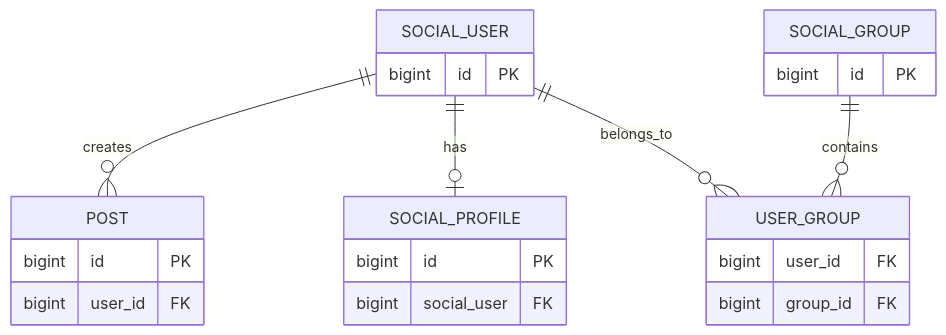
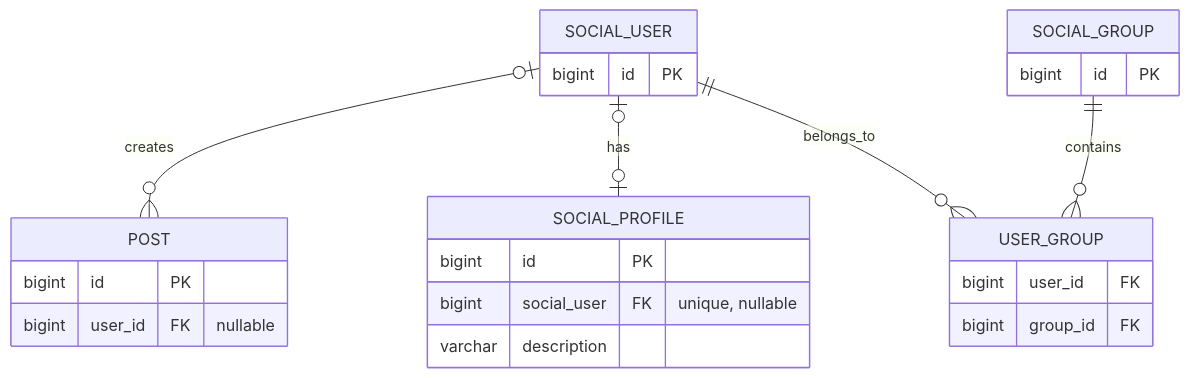
One commit to fisherman34/learning-code changed the diagram in media/DB_DESIGN_ANALYSIS.md. Above: the diagram before and after it, drawn with Mermaid. The commit also changed other lines of this file and 12 other files, not shown here.

````diff
--- a/media/DB_DESIGN_ANALYSIS.md
+++ b/media/DB_DESIGN_ANALYSIS.md
@@ -149,30 +148,31 @@
 ```mermaid
 erDiagram
-    SOCIAL_USER ||--o{ POST : creates
-    SOCIAL_USER ||--o| SOCIAL_PROFILE : has
+    SOCIAL_USER o|--o{ POST : creates
+    SOCIAL_USER o|--o| SOCIAL_PROFILE : has
     SOCIAL_USER ||--o{ USER_GROUP : belongs_to
     SOCIAL_GROUP ||--o{ USER_GROUP : contains
 
     SOCIAL_USER {
         bigint id PK
     }
 
     POST {
         bigint id PK
-        bigint user_id FK
+        bigint user_id FK "nullable"
     }
 
     SOCIAL_PROFILE {
         bigint id PK
-        bigint social_user FK
+        bigint social_user FK "unique, nullable"
+        varchar description
     }
 
     SOCIAL_GROUP {
         bigint id PK
     }
 
     USER_GROUP {
         bigint user_id FK
         bigint group_id FK
     }
 ```
````
